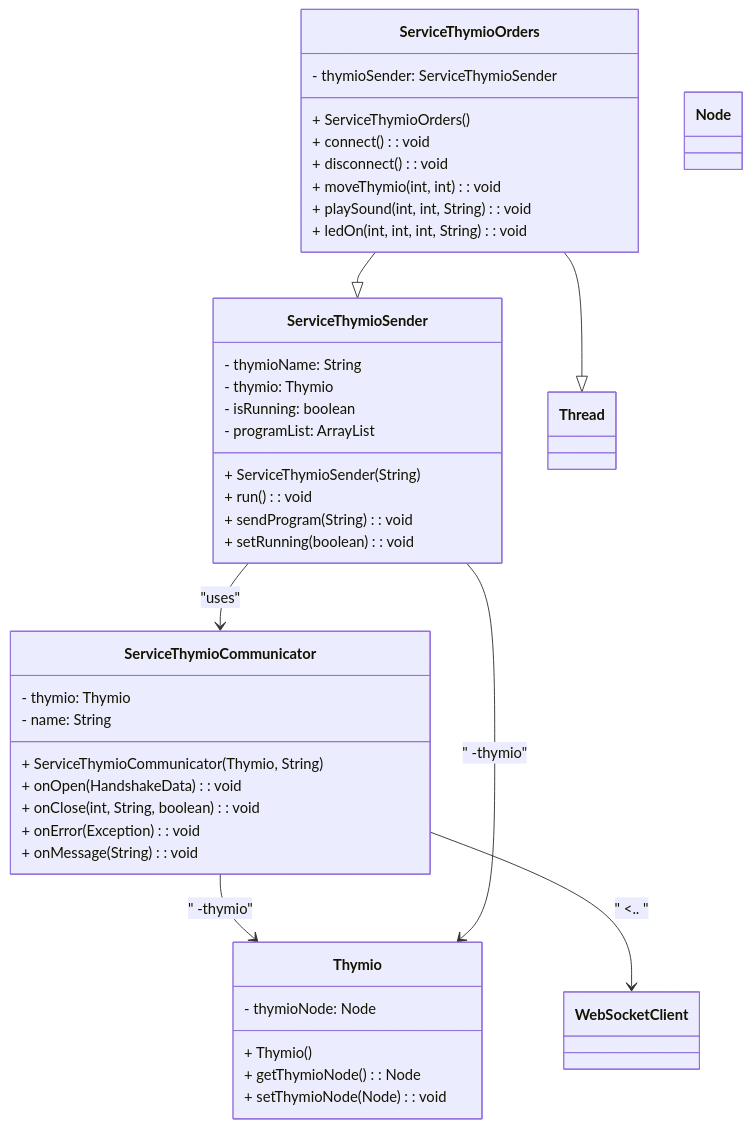
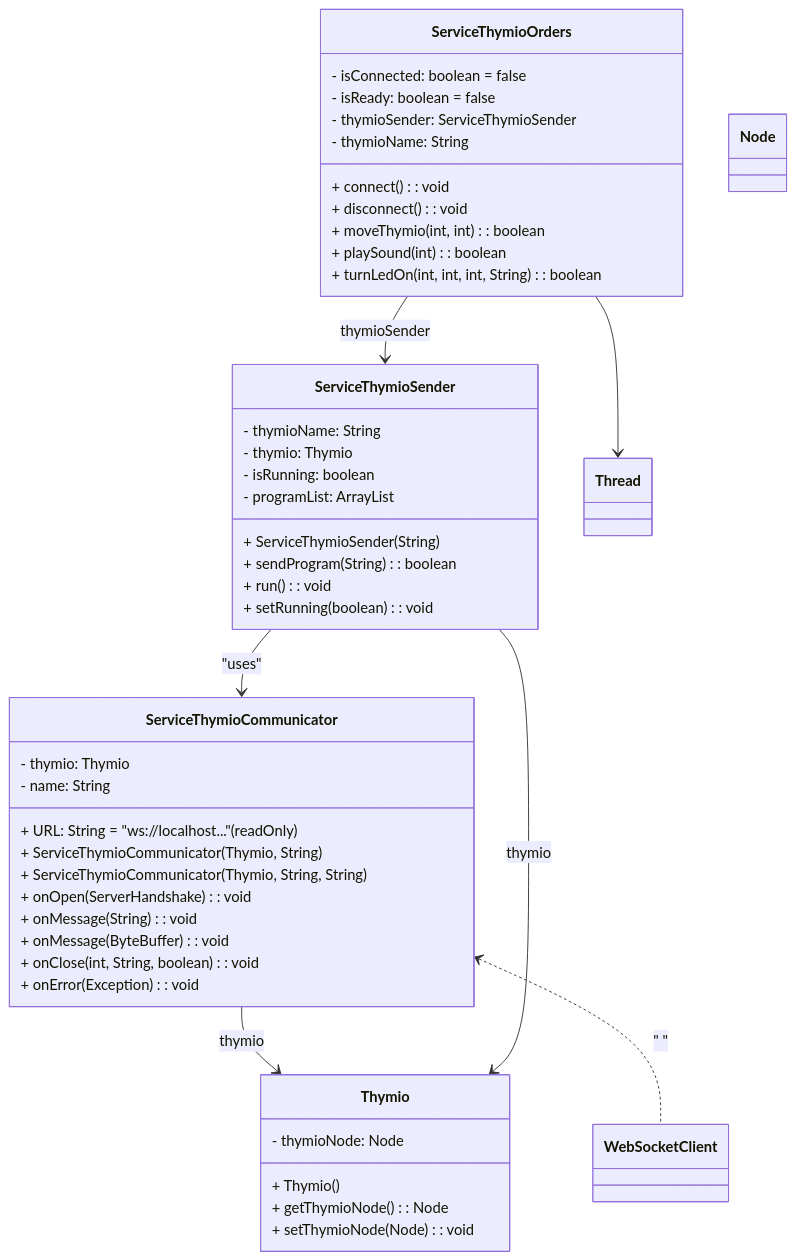
Before and after one commit to emf-info/EMFThymioJava: the diagram in README.md, drawn with Mermaid.

````diff
--- a/README.md
+++ b/README.md
@@ -39,56 +39,61 @@
 ```mermaid
 classDiagram
     class ServiceThymioOrders {
+        - isConnected: boolean = false
+        - isReady: boolean = false
         - thymioSender: ServiceThymioSender
-        + ServiceThymioOrders()
+        - thymioName: String
         + connect(): void
         + disconnect(): void
-        + moveThymio(int, int): void
-        + playSound(int, int, String): void
-        + ledOn(int, int, int, String): void
+        + moveThymio(int, int): boolean
+        + playSound(int): boolean
+        + turnLedOn(int, int, int, String): boolean
     }
 
     class ServiceThymioSender {
         - thymioName: String
         - thymio: Thymio
         - isRunning: boolean
         - programList: ArrayList<String>
         + ServiceThymioSender(String)
+        + sendProgram(String): boolean
         + run(): void
-        + sendProgram(String): void
         + setRunning(boolean): void
     }
 
     class ServiceThymioCommunicator {
+        + URL: String = "ws://localhost..." (readOnly)
         - thymio: Thymio
         - name: String
         + ServiceThymioCommunicator(Thymio, String)
-        + onOpen(HandshakeData): void
+        + ServiceThymioCommunicator(Thymio, String, String)
+        + onOpen(ServerHandshake): void
+        + onMessage(String): void
+        + onMessage(ByteBuffer): void
         + onClose(int, String, boolean): void
         + onError(Exception): void
-        + onMessage(String): void
     }
 
     class WebSocketClient {
     }
 
     class Thread {
     }
 
     class Thymio {
         - thymioNode: Node
         + Thymio()
         + getThymioNode(): Node
         + setThymioNode(Node): void
     }
 
     class Node {
     }
 
-    ServiceThymioOrders --|> ServiceThymioSender
+    ServiceThymioOrders --> ServiceThymioSender : thymioSender
     ServiceThymioSender --> ServiceThymioCommunicator : "uses"
-    ServiceThymioCommunicator --> Thymio : " -thymio"
-    ServiceThymioSender --> Thymio : " -thymio"
-    ServiceThymioCommunicator --> WebSocketClient : " <.. "
-    ServiceThymioOrders --|> Thread
+    ServiceThymioCommunicator --> Thymio : thymio
+    ServiceThymioSender --> Thymio : thymio
+    ServiceThymioCommunicator <.. WebSocketClient : " "
+    ServiceThymioOrders --> Thread
 ```
````
